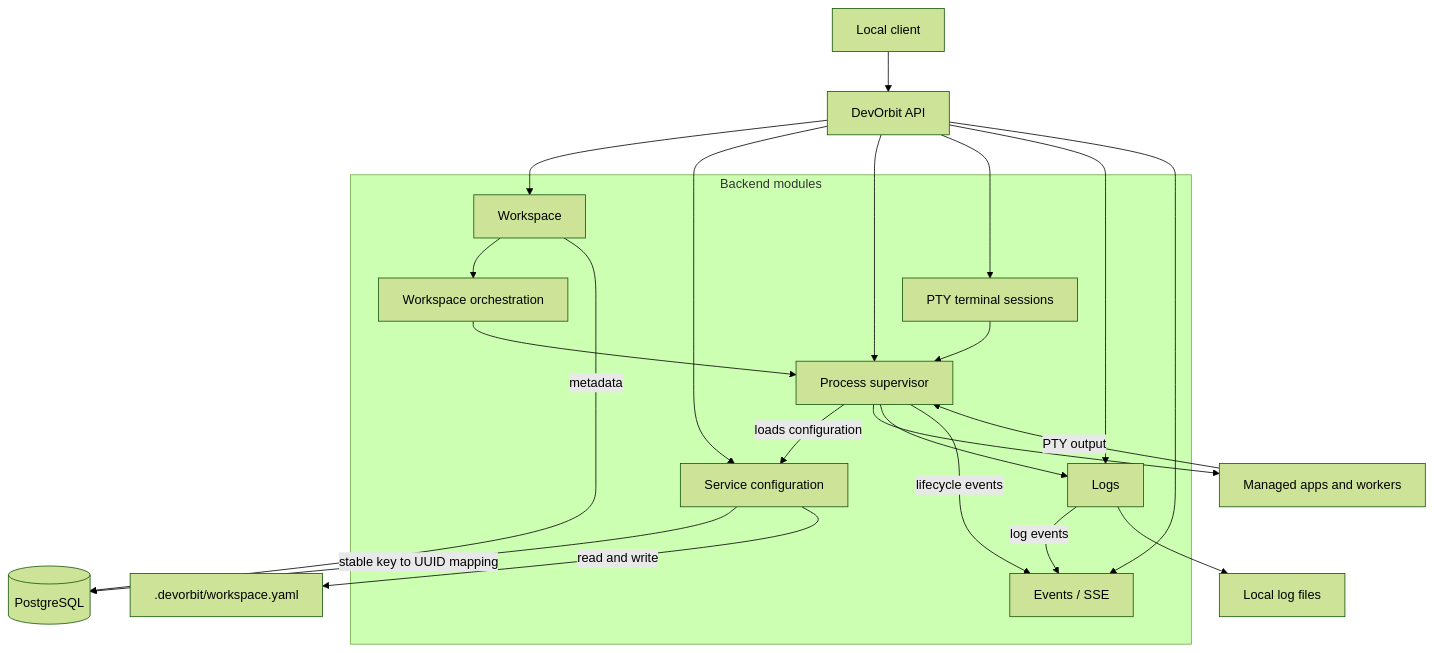
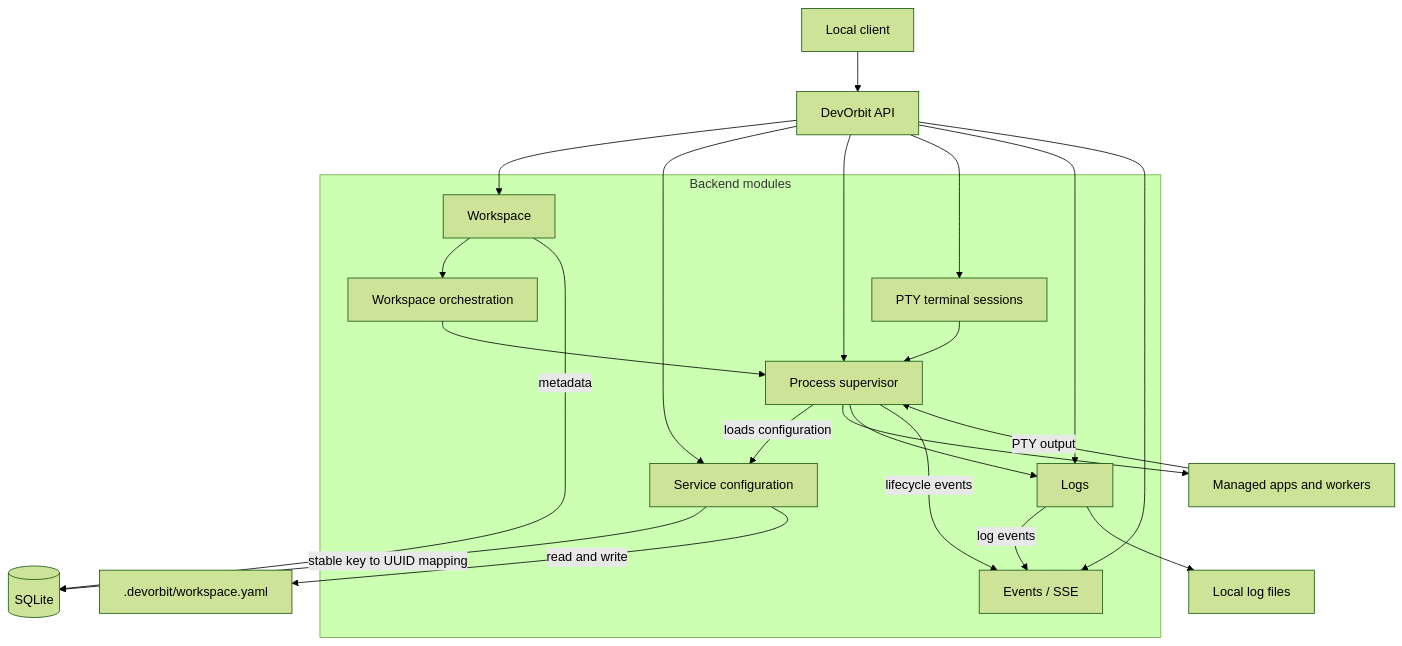
One commit to prasannashrestha011/devOrbit changed the diagram in docs/architecture.md. Above: the diagram before and after it, drawn with Mermaid (forest theme). The commit also changed other lines of this file and 9 other files, not shown here.

````diff
--- a/docs/architecture.md
+++ b/docs/architecture.md
@@ -3,33 +3,33 @@
 ```mermaid
 flowchart TB
     Client["Local client"] --> API["DevOrbit API"]
 
     subgraph Backend["Backend modules"]
         Workspace["Workspace"]
         Service["Service configuration"]
         Orchestration["Workspace orchestration"]
         Process["Process supervisor"]
         Terminal["PTY terminal sessions"]
         Logs["Logs"]
         Events["Events / SSE"]
     end
 
     API --> Workspace
     API --> Service
     API --> Process
     API --> Terminal --> Process
     API --> Logs
     API --> Events
 
     Workspace --> Orchestration --> Process
     Process -- loads configuration --> Service
     Process --> Apps["Managed apps and workers"]
     Apps -- PTY output --> Process --> Logs
     Process -- lifecycle events --> Events
     Logs -- log events --> Events
 
-    Workspace -- metadata --> DB[(PostgreSQL)]
+    Workspace -- metadata --> DB[(SQLite)]
     Service -- stable key to UUID mapping --> DB
     Service -- read and write --> YAML[".devorbit/workspace.yaml"]
     Logs --> Files["Local log files"]
 ```
````
